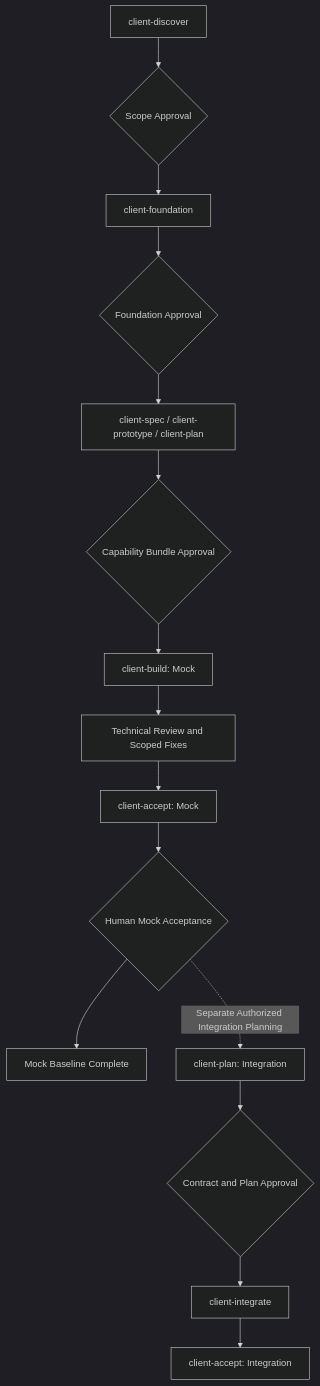
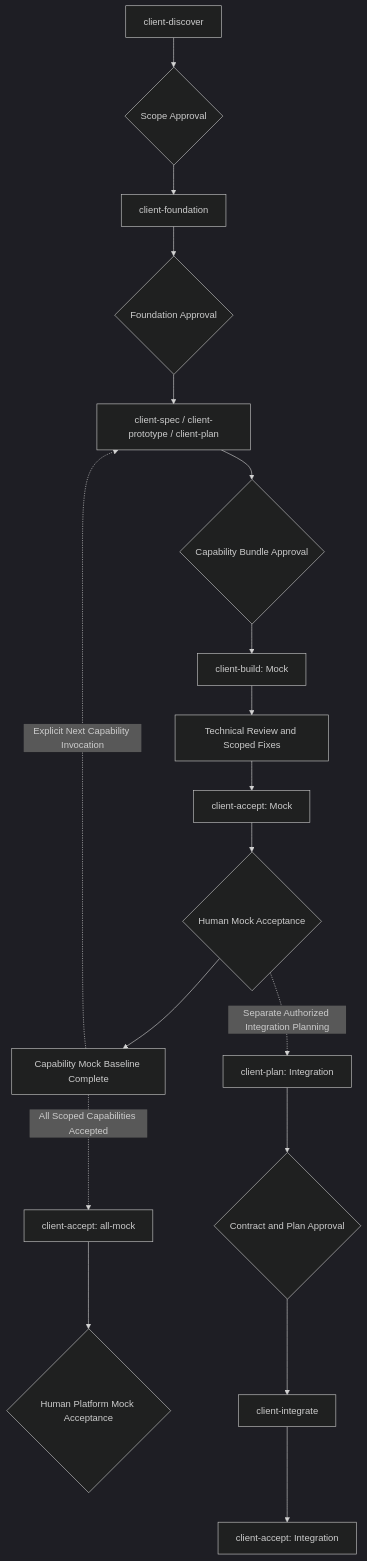
One commit to phatnguyen975/unihub-workshop changed the diagram in .agents/workflows/client.md. Above: the diagram before and after it, drawn with Mermaid (dark theme). The commit also changed other lines of this file and 1 other file, not shown here.

First line of the commit message:
docs(client): clarify capability and platform acceptance

````diff
--- a/.agents/workflows/client.md
+++ b/.agents/workflows/client.md
@@ -9,17 +9,20 @@
 ```mermaid
 flowchart TD
     discover[client-discover] --> scope{Scope Approval}
     scope --> foundation[client-foundation]
     foundation --> baseline{Foundation Approval}
     baseline --> bundle[client-spec / client-prototype / client-plan]
     bundle --> approval{Capability Bundle Approval}
     approval --> build[client-build: Mock]
     build --> review[Technical Review and Scoped Fixes]
     review --> accept[client-accept: Mock]
     accept --> human{Human Mock Acceptance}
-    human --> stop[Mock Baseline Complete]
+    human --> stop[Capability Mock Baseline Complete]
+    stop -. Explicit Next Capability Invocation .-> bundle
+    stop -. All Scoped Capabilities Accepted .-> platform[client-accept: all-mock]
+    platform --> platformApproval{Human Platform Mock Acceptance}
     human -. Separate Authorized Integration Planning .-> plan[client-plan: Integration]
     plan --> gate{Contract and Plan Approval}
     gate --> integrate[client-integrate]
     integrate --> integrated[client-accept: Integration]
 ```
````
